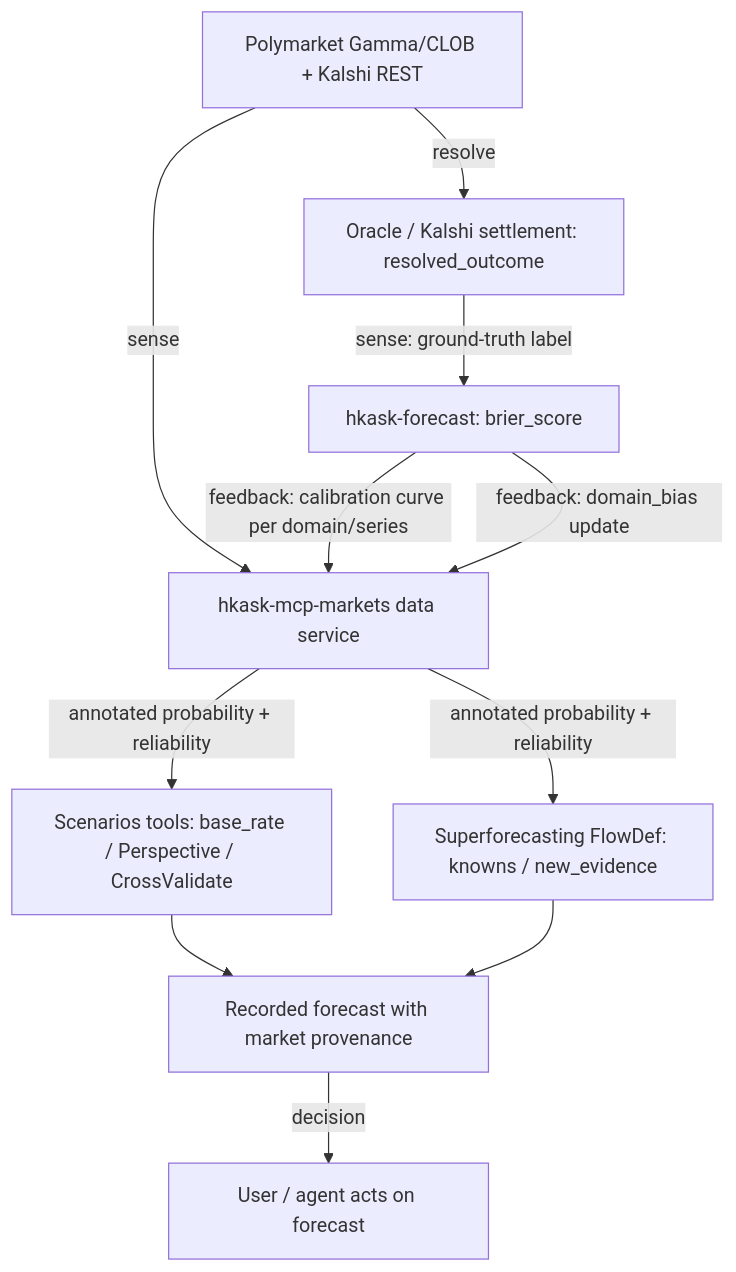
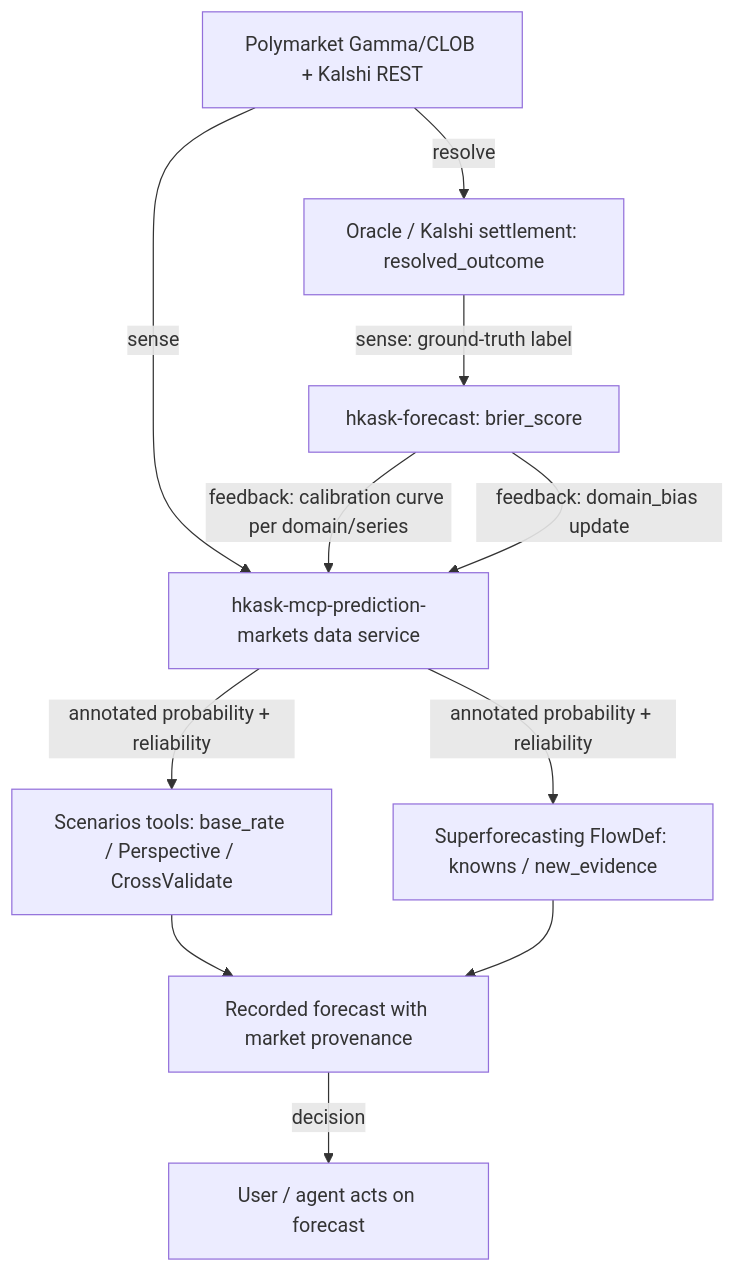
Before and after one commit to mdz-axo/zed-kask: the diagram in docs/reports/prediction-markets/02-zed-kask-integration.md, drawn with Mermaid. The commit also changed other lines of this file and 8 other files, not shown here.

````diff
--- a/docs/reports/prediction-markets/02-zed-kask-integration.md
+++ b/docs/reports/prediction-markets/02-zed-kask-integration.md
@@ -155,13 +176,13 @@
 ```mermaid
 graph TD
-    A[Polymarket Gamma/CLOB + Kalshi REST] -->|sense| B[hkask-mcp-markets data service]
+    A[Polymarket Gamma/CLOB + Kalshi REST] -->|sense| B[hkask-mcp-prediction-markets data service]
     B -->|annotated probability + reliability| C[Scenarios tools: base_rate / Perspective / CrossValidate]
     B -->|annotated probability + reliability| D[Superforecasting FlowDef: knowns / new_evidence]
     C --> E[Recorded forecast with market provenance]
     D --> E
     E -->|decision| F[User / agent acts on forecast]
     A -->|resolve| G[Oracle / Kalshi settlement: resolved_outcome]
     G -->|sense: ground-truth label| H[hkask-forecast: brier_score]
     H -->|feedback: calibration curve per domain/series| B
     H -->|feedback: domain_bias update| B
 ```
````
